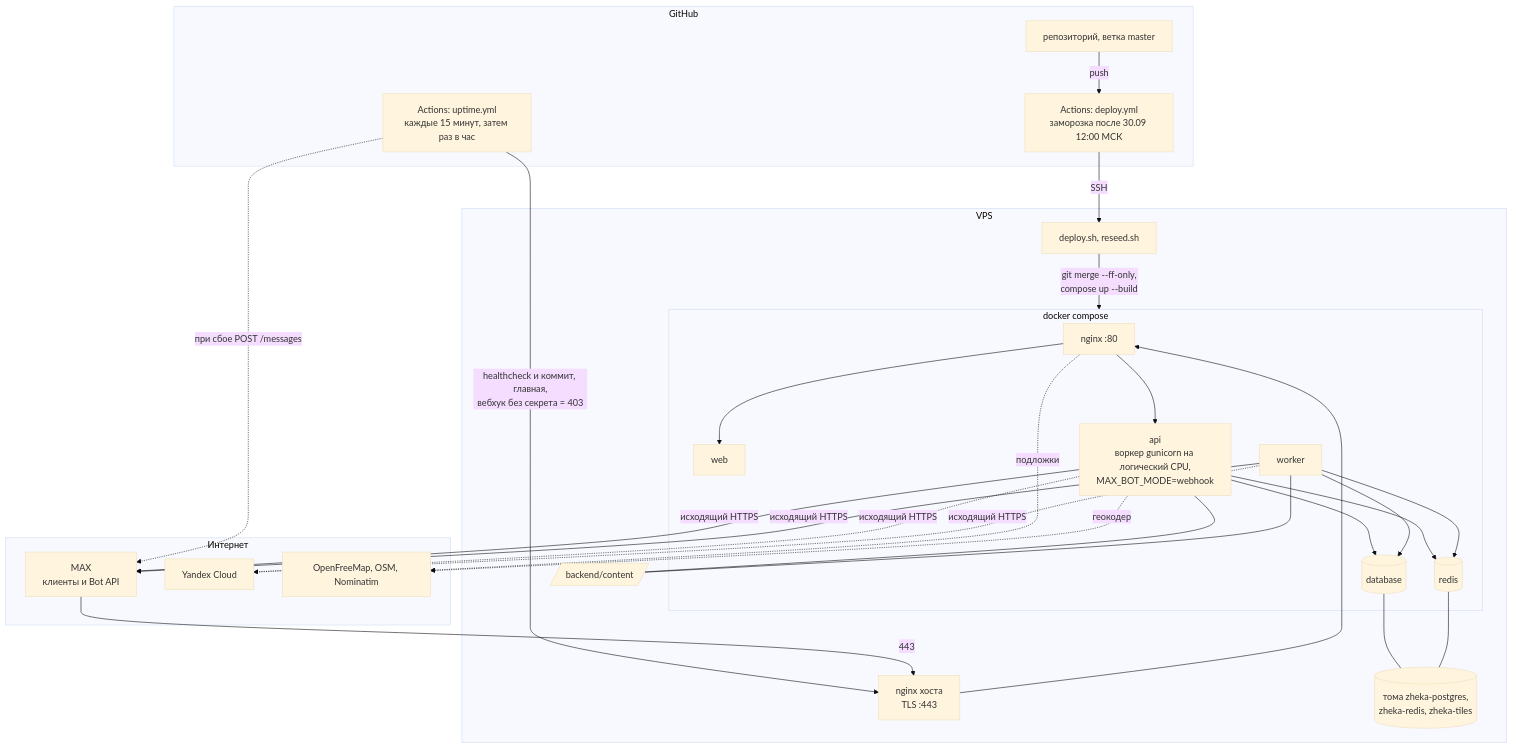
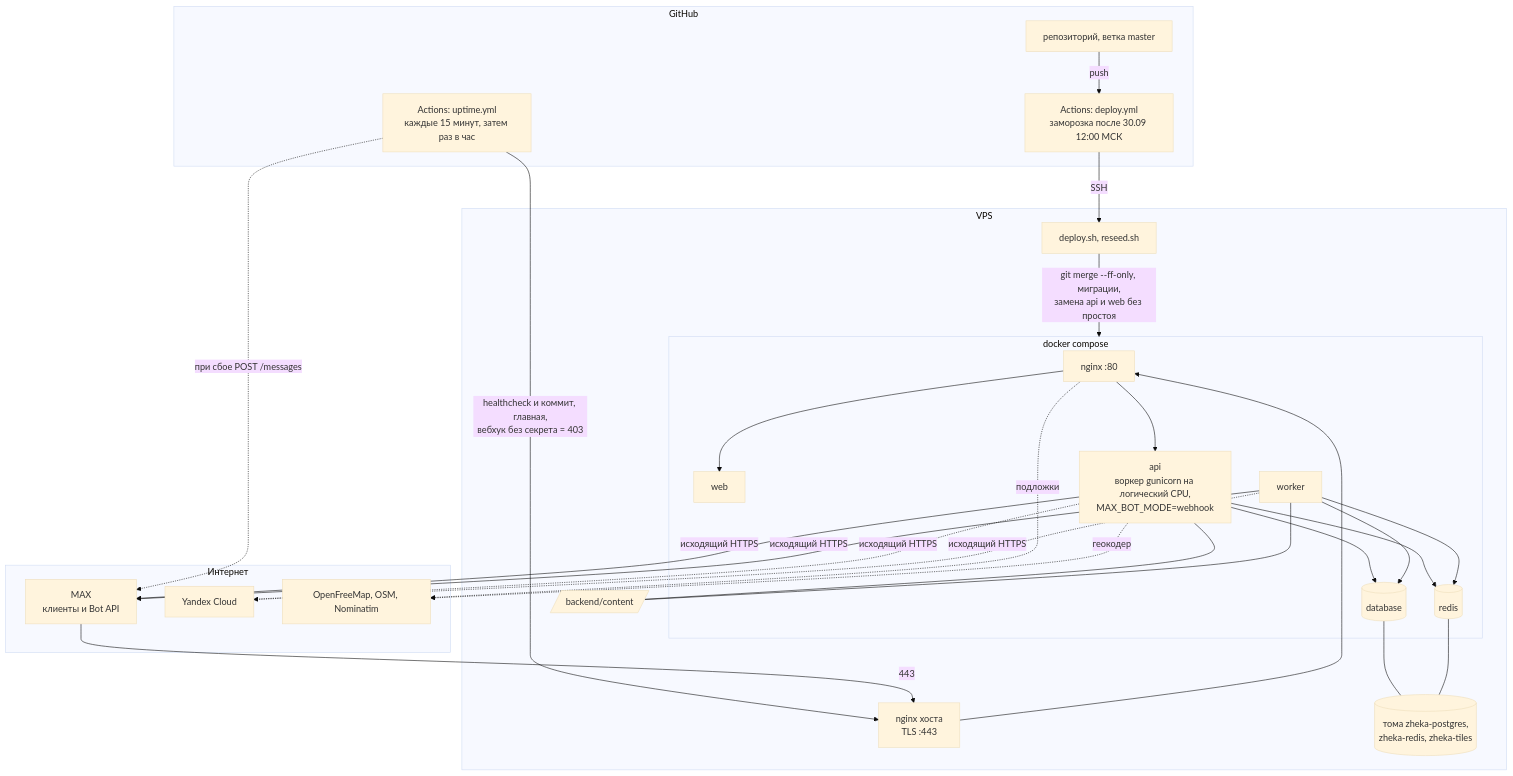
The eighth of 15 diagrams in docs/architecture.md (K1rL3s/vkmax-mobilization), drawn with Mermaid (base theme) before and after one commit. The commit also changed other lines of this file and 6 other files, not shown here.

Commit message:
Перевел деплой на замену api и web без простоя

````diff
--- a/docs/architecture.md
+++ b/docs/architecture.md
@@ -386,53 +386,53 @@
 ```mermaid
 flowchart TB
     subgraph github["GitHub"]
         repo["репозиторий, ветка master"]
         deploy["Actions: deploy.yml<br/>заморозка после 30.09 12:00 МСК"]
         uptime["Actions: uptime.yml<br/>каждые 15 минут, затем раз в час"]
     end
 
     subgraph internet["Интернет"]
         maxcloud["MAX<br/>клиенты и Bot API"]
         yandex["Yandex Cloud"]
         osm["OpenFreeMap, OSM, Nominatim"]
     end
 
     subgraph vps["VPS"]
         hostnginx["nginx хоста<br/>TLS :443"]
         script["deploy.sh, reseed.sh"]
         subgraph net["docker compose"]
             nginx["nginx :80"]
             web["web"]
             api["api<br/>воркер gunicorn на логический CPU,<br/>MAX_BOT_MODE=webhook"]
             worker["worker"]
             db[("database")]
             redis[("redis")]
         end
         vols[("тома zheka-postgres,<br/>zheka-redis, zheka-tiles")]
         content[/"backend/content"/]
     end
 
     repo -- "push" --> deploy
     deploy -- "SSH" --> script
-    script -- "git merge --ff-only,<br/>compose up --build" --> net
+    script -- "git merge --ff-only, миграции,<br/>замена api и web без простоя" --> net
     uptime -- "healthcheck и коммит, главная,<br/>вебхук без секрета = 403" --> hostnginx
     uptime -. "при сбое POST /messages" .-> maxcloud
     maxcloud -- "443" --> hostnginx
     hostnginx --> nginx
     nginx --> web
     nginx --> api
     api --> db
     api --> redis
     worker --> db
     worker --> redis
     db --- vols
     redis --- vols
     api --- content
     worker --- content
     api -- "исходящий HTTPS" --> maxcloud
     worker -- "исходящий HTTPS" --> maxcloud
     api -. "исходящий HTTPS" .-> yandex
     worker -. "исходящий HTTPS" .-> yandex
     nginx -. "подложки" .-> osm
     api -. "геокодер" .-> osm
 ```
````
